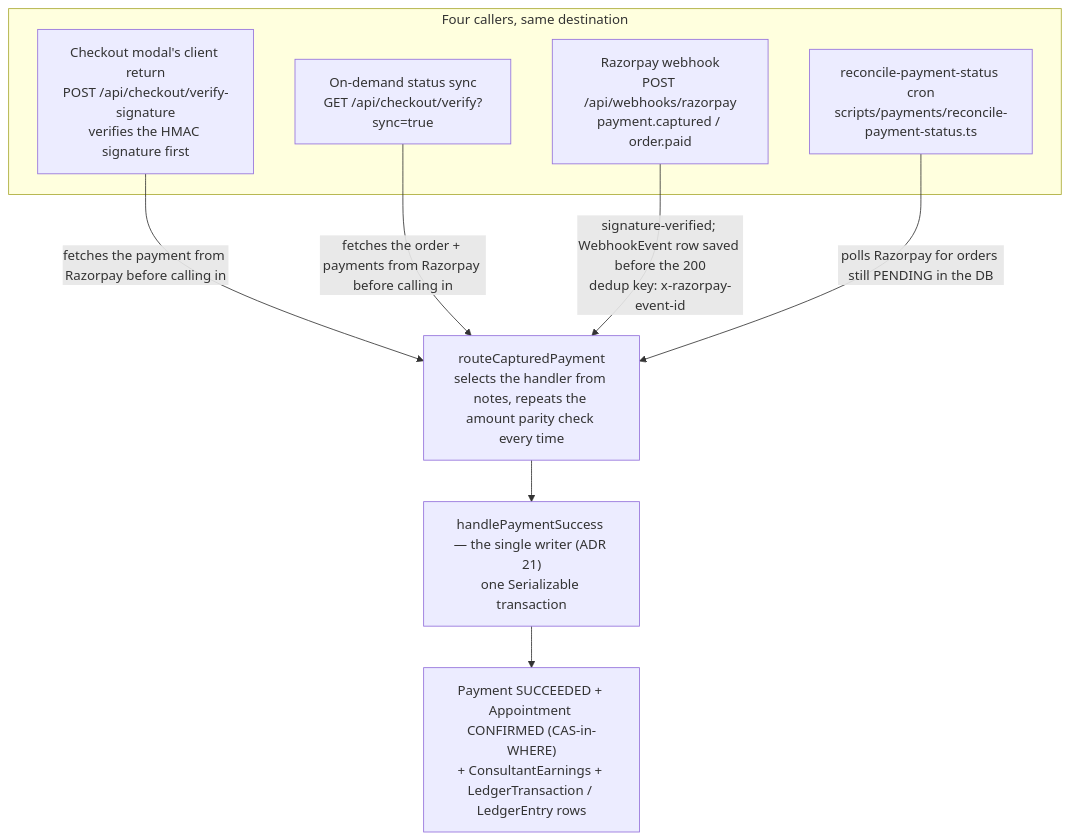
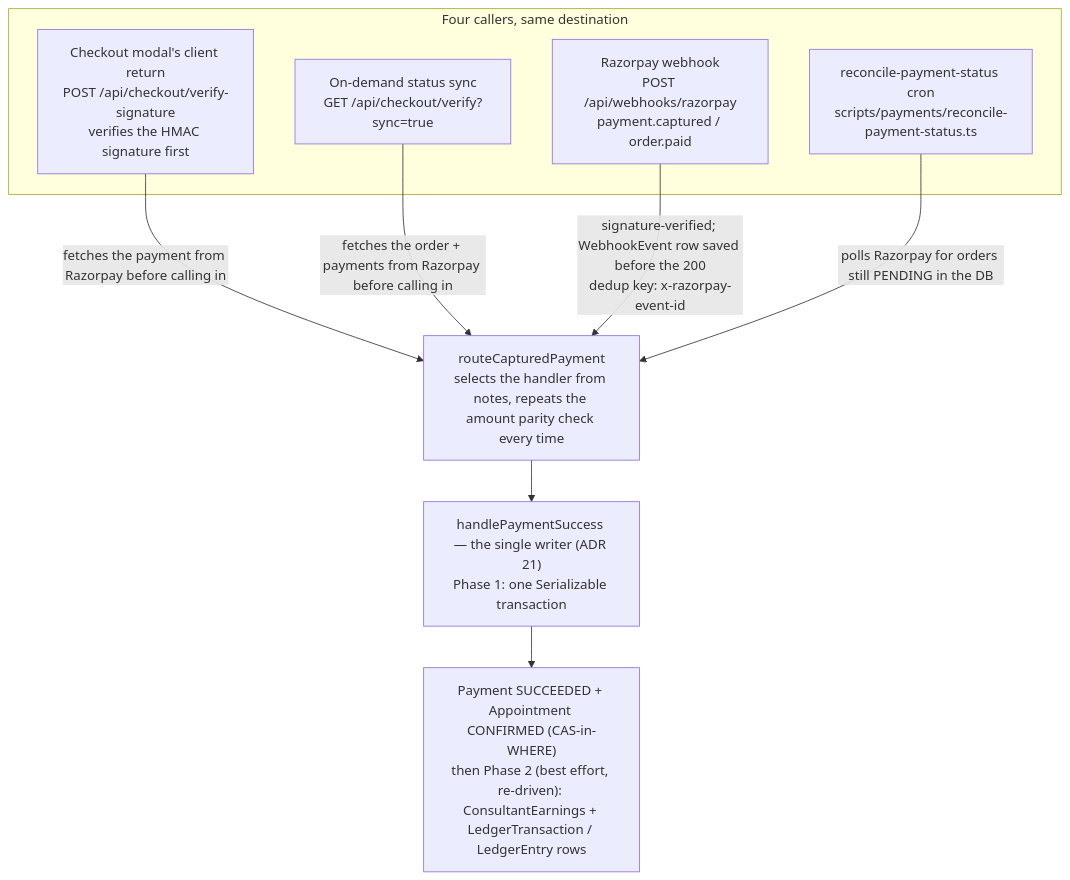
One commit to Practitionist/familiarise_web changed the fifth of 5 diagrams in docs/payments/06-high-level-design.md. Above: the diagram before and after it, drawn with Mermaid. The commit also changed other lines of this file and 20 other files, not shown here.

````diff
--- a/docs/payments/06-high-level-design.md
+++ b/docs/payments/06-high-level-design.md
@@ -171,17 +172,17 @@
 ```mermaid
 flowchart TD
   subgraph Callers["Four callers, same destination"]
     C1["Checkout modal's client return<br/>POST /api/checkout/verify-signature<br/>verifies the HMAC signature first"]
     C2["On-demand status sync<br/>GET /api/checkout/verify?sync=true"]
     C3["Razorpay webhook<br/>POST /api/webhooks/razorpay<br/>payment.captured / order.paid"]
     C4["reconcile-payment-status cron<br/>scripts/payments/reconcile-payment-status.ts"]
   end
   ROUTE["routeCapturedPayment<br/>selects the handler from notes, repeats the amount parity check every time"]
-  WRITER["handlePaymentSuccess — the single writer (ADR 21)<br/>one Serializable transaction"]
-  OUT["Payment SUCCEEDED + Appointment CONFIRMED (CAS-in-WHERE)<br/>+ ConsultantEarnings + LedgerTransaction / LedgerEntry rows"]
+  WRITER["handlePaymentSuccess — the single writer (ADR 21)<br/>Phase 1: one Serializable transaction"]
+  OUT["Payment SUCCEEDED + Appointment CONFIRMED (CAS-in-WHERE)<br/>then Phase 2 (best effort, re-driven): ConsultantEarnings + LedgerTransaction / LedgerEntry rows"]
   C1 -- "fetches the payment from Razorpay before calling in" --> ROUTE
   C2 -- "fetches the order + payments from Razorpay before calling in" --> ROUTE
   C3 -- "signature-verified; WebhookEvent row saved before the 200<br/>dedup key: x-razorpay-event-id" --> ROUTE
   C4 -- "polls Razorpay for orders still PENDING in the DB" --> ROUTE
   ROUTE --> WRITER --> OUT
 ```
````
